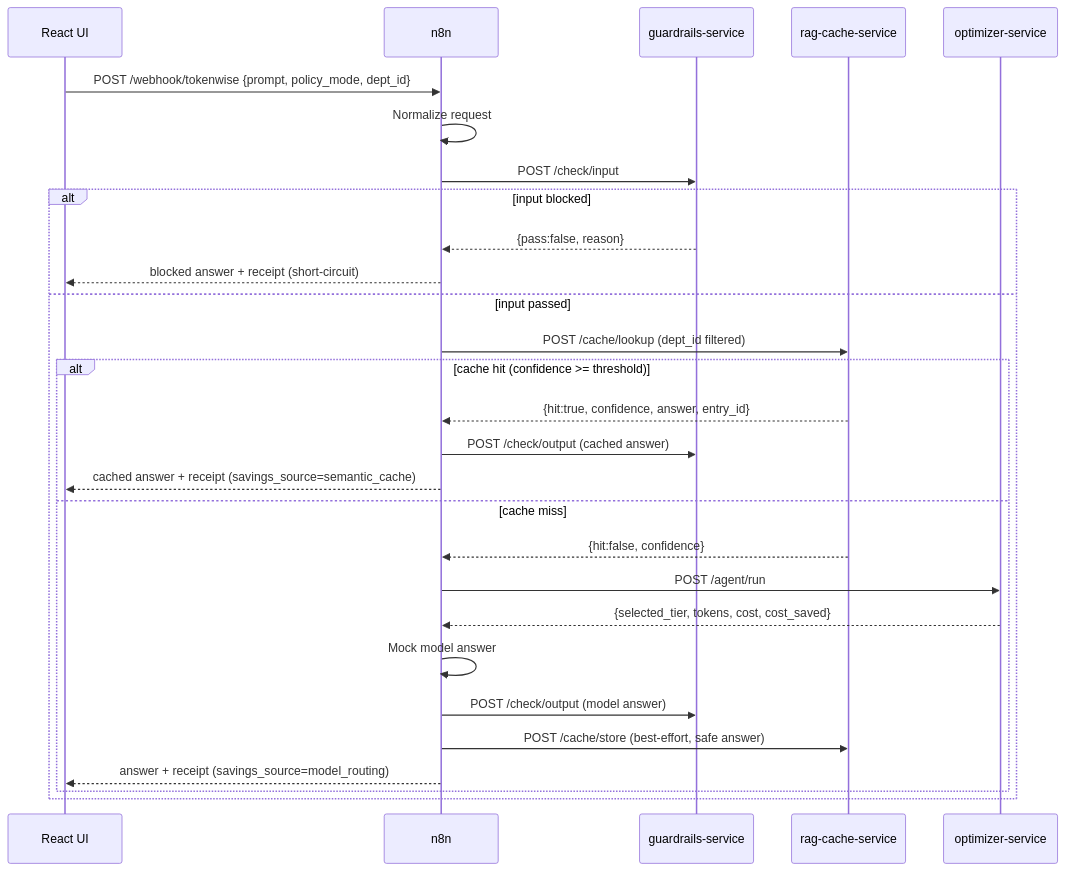
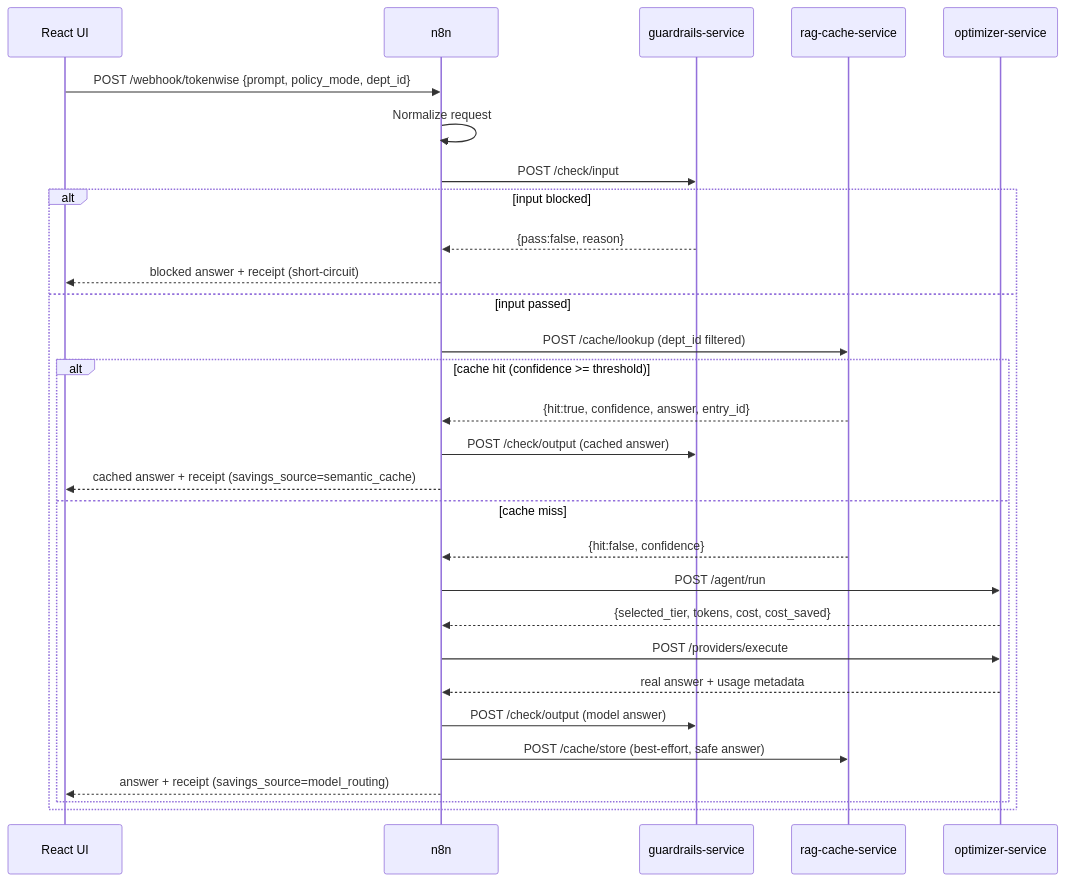
The second of 3 diagrams in docs/architecture.md (tomeryoel/tokenwise), drawn with Mermaid before and after one commit. The commit also changed other lines of this file and 3 other files, not shown here.

Commit message:
docs(providers): document real model execution and configuration

````diff
--- a/docs/architecture.md
+++ b/docs/architecture.md
@@ -54,31 +55,32 @@
 ```mermaid
 sequenceDiagram
     participant UI as React UI
     participant N as n8n
     participant G as guardrails-service
     participant C as rag-cache-service
     participant O as optimizer-service
 
     UI->>N: POST /webhook/tokenwise {prompt, policy_mode, dept_id}
     N->>N: Normalize request
     N->>G: POST /check/input
     alt input blocked
         G-->>N: {pass:false, reason}
         N-->>UI: blocked answer + receipt (short-circuit)
     else input passed
         N->>C: POST /cache/lookup (dept_id filtered)
         alt cache hit (confidence >= threshold)
             C-->>N: {hit:true, confidence, answer, entry_id}
             N->>G: POST /check/output (cached answer)
             N-->>UI: cached answer + receipt (savings_source=semantic_cache)
         else cache miss
             C-->>N: {hit:false, confidence}
             N->>O: POST /agent/run
             O-->>N: {selected_tier, tokens, cost, cost_saved}
-            N->>N: Mock model answer
+            N->>O: POST /providers/execute
+            O-->>N: real answer + usage metadata
             N->>G: POST /check/output (model answer)
             N->>C: POST /cache/store (best-effort, safe answer)
             N-->>UI: answer + receipt (savings_source=model_routing)
         end
     end
 ```
````
